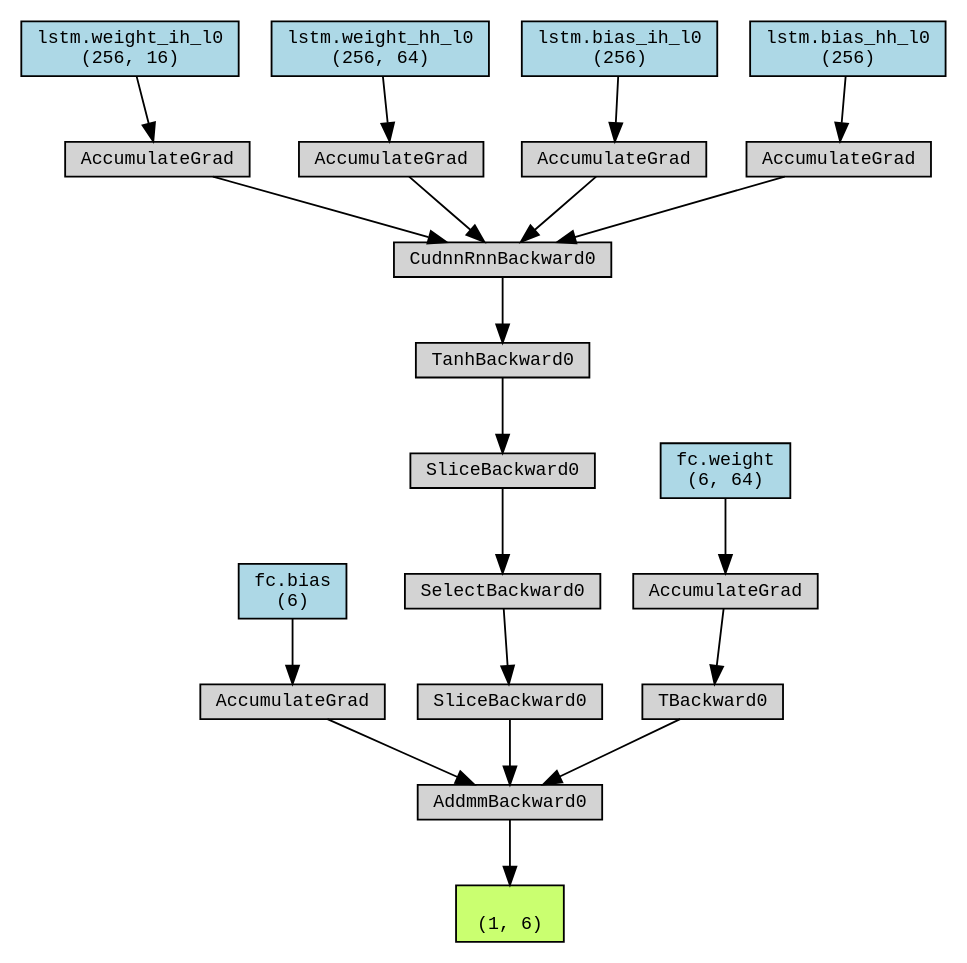
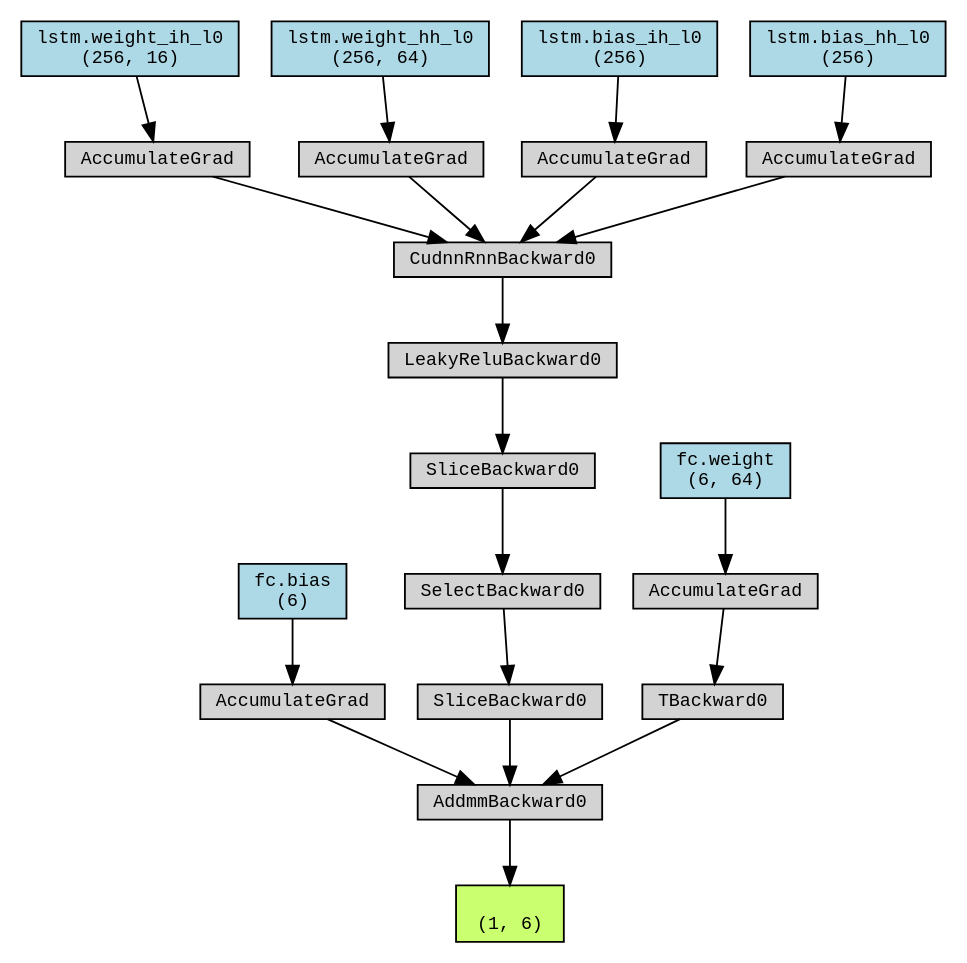
One commit to jiangbing22/2023-Mathematical-Modeling- changed the diagram in code/classification/data/Digraph.gv. Above: the diagram before and after it, drawn with Graphviz. The commit also changed 1101 other files, not shown here.

```diff
--- a/code/classification/data/Digraph.gv
+++ b/code/classification/data/Digraph.gv
@@ -1,50 +1,50 @@
 digraph {
 	graph [size="12,12"]
 	node [align=left fontname=monospace fontsize=10 height=0.2 ranksep=0.1 shape=box style=filled]
-	2350383800512 [label="
+	1981090315728 [label="
  (1, 6)" fillcolor=darkolivegreen1]
-	2350254084912 [label=AddmmBackward0]
-	2350254083184 -> 2350254084912
-	2350383804192 [label="fc.bias
+	1981090143280 [label=AddmmBackward0]
+	1981090143856 -> 1981090143280
+	1981090312768 [label="fc.bias
  (6)" fillcolor=lightblue]
-	2350383804192 -> 2350254083184
-	2350254083184 [label=AccumulateGrad]
-	2350272183360 -> 2350254084912
-	2350272183360 [label=SliceBackward0]
-	2350272179952 -> 2350272183360
-	2350272179952 [label=SelectBackward0]
-	2350272183408 -> 2350272179952
-	2350272183408 [label=SliceBackward0]
-	2350272180192 -> 2350272183408
-	2350272180192 [label=TanhBackward0]
-	2350272183552 -> 2350272180192
-	2350272183552 [label=CudnnRnnBackward0]
-	2350383863872 -> 2350272183552
-	2350226152064 [label="lstm.weight_ih_l0
+	1981090312768 -> 1981090143856
+	1981090143856 [label=AccumulateGrad]
+	1981090143136 -> 1981090143280
+	1981090143136 [label=SliceBackward0]
+	1981090142992 -> 1981090143136
+	1981090142992 [label=SelectBackward0]
+	1981090143472 -> 1981090142992
+	1981090143472 [label=SliceBackward0]
+	1981090144000 -> 1981090143472
+	1981090144000 [label=LeakyReluBackward0]
+	1981090143232 -> 1981090144000
+	1981090143232 [label=CudnnRnnBackward0]
+	1981090143520 -> 1981090143232
+	1980956873712 [label="lstm.weight_ih_l0
  (256, 16)" fillcolor=lightblue]
-	2350226152064 -> 2350383863872
-	2350383863872 [label=AccumulateGrad]
-	2350383862816 -> 2350272183552
-	2350222785040 [label="lstm.weight_hh_l0
+	1980956873712 -> 1981090143520
+	1981090143520 [label=AccumulateGrad]
+	1981090143808 -> 1981090143232
+	1981088739984 [label="lstm.weight_hh_l0
  (256, 64)" fillcolor=lightblue]
-	2350222785040 -> 2350383862816
-	2350383862816 [label=AccumulateGrad]
-	2350383863680 -> 2350272183552
-	2350382886368 [label="lstm.bias_ih_l0
+	1981088739984 -> 1981090143808
+	1981090143808 [label=AccumulateGrad]
+	1981090143952 -> 1981090143232
+	1981088739264 [label="lstm.bias_ih_l0
  (256)" fillcolor=lightblue]
-	2350382886368 -> 2350383863680
-	2350383863680 [label=AccumulateGrad]
-	2350383873472 -> 2350272183552
-	2350383807552 [label="lstm.bias_hh_l0
+	1981088739264 -> 1981090143952
+	1981090143952 [label=AccumulateGrad]
+	1981090144096 -> 1981090143232
+	1981088739824 [label="lstm.bias_hh_l0
  (256)" fillcolor=lightblue]
-	2350383807552 -> 2350383873472
-	2350383873472 [label=AccumulateGrad]
-	2350272181248 -> 2350254084912
-	2350272181248 [label=TBackward0]
-	2350272178896 -> 2350272181248
-	2350234998704 [label="fc.weight
+	1981088739824 -> 1981090144096
+	1981090144096 [label=AccumulateGrad]
+	1981090143616 -> 1981090143280
+	1981090143616 [label=TBackward0]
+	1981090143760 -> 1981090143616
+	1981090309248 [label="fc.weight
  (6, 64)" fillcolor=lightblue]
-	2350234998704 -> 2350272178896
-	2350272178896 [label=AccumulateGrad]
-	2350254084912 -> 2350383800512
+	1981090309248 -> 1981090143760
+	1981090143760 [label=AccumulateGrad]
+	1981090143280 -> 1981090315728
 }
```
